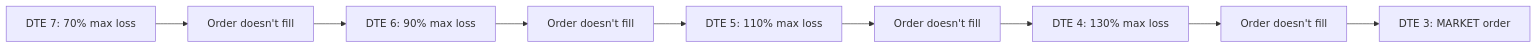
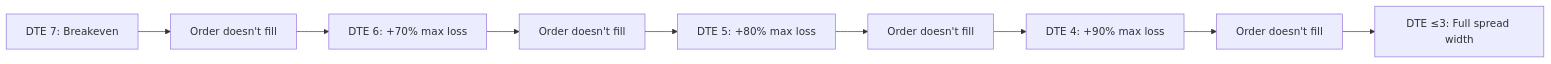
The second of 2 diagrams in docs/patterns/DTE_MANAGEMENT_PATTERN.md (endthestart/SenexTrader), drawn with Mermaid before and after one commit. The commit also changed other lines of this file and 349 other files, not shown here.

````diff
--- a/docs/patterns/DTE_MANAGEMENT_PATTERN.md
+++ b/docs/patterns/DTE_MANAGEMENT_PATTERN.md
@@ -137,11 +142,11 @@
 ```mermaid
 graph LR
-    A[DTE 7: 70% max loss] --> B[Order doesn't fill]
-    B --> C[DTE 6: 90% max loss]
+    A[DTE 7: Breakeven] --> B[Order doesn't fill]
+    B --> C[DTE 6: +70% max loss]
     C --> D[Order doesn't fill]
-    D --> E[DTE 5: 110% max loss]
+    D --> E[DTE 5: +80% max loss]
     E --> F[Order doesn't fill]
-    F --> G[DTE 4: 130% max loss]
+    F --> G[DTE 4: +90% max loss]
     G --> H[Order doesn't fill]
-    H --> I[DTE 3: MARKET order]
+    H --> I[DTE ≤3: Full spread width]
 ```
````
